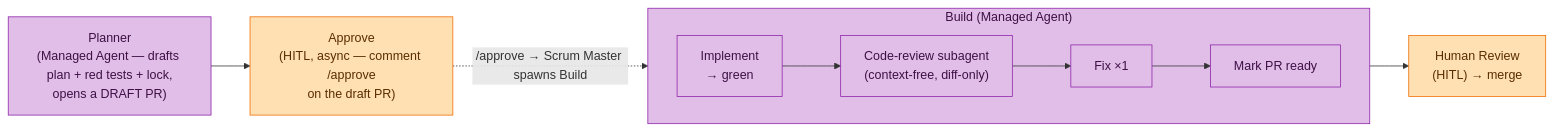
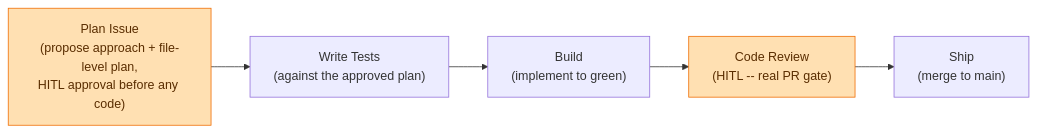
Before and after one commit to njrenaissance/project-templates: the second of 2 diagrams in _workflow/coding-workflow.md, drawn with Mermaid. The commit also changed other lines of this file and 10 other files, not shown here.

First line of the commit message:
feat(_workflow): add Inner Loop managed agent, retire scaffold skill

````diff
--- a/_workflow/coding-workflow.md
+++ b/_workflow/coding-workflow.md
@@ -52,18 +32,8 @@
 ```mermaid
 flowchart LR
-    PLAN["Planner<br/>(Managed Agent — drafts plan + red tests + lock,<br/>opens a DRAFT PR)"] --> APP["Approve<br/>(HITL, async — comment /approve<br/>on the draft PR)"]
-    APP -.->|"/approve → Scrum Master spawns Build"| BU
+    PI["Plan Issue<br/>(propose approach + file-level plan,<br/>HITL approval before any code)"] --> WT["Write Tests<br/>(against the approved plan)"] --> BU["Build<br/>(implement to green)"] --> CR["Code Review<br/>(HITL -- real PR gate)"] --> SH["Ship<br/>(merge to main)"]
 
-    subgraph BU["Build (Managed Agent)"]
-      direction LR
-      IMP["Implement<br/>→ green"] --> RV["Code-review subagent<br/>(context-free, diff-only)"] --> FX["Fix ×1"] --> RDY["Mark PR ready"]
-    end
-
-    RDY --> HR["Human Review<br/>(HITL) → merge"]
-
-    classDef managed fill:#e1bee7,stroke:#8e24aa,color:#3e1046;
     classDef hitl fill:#ffe0b2,stroke:#ef6c00,color:#5a2d00;
 
-    class PLAN,BU,IMP,RV,FX,RDY managed;
-    class APP,HR hitl;
+    class PI,CR hitl;
 ```
````
